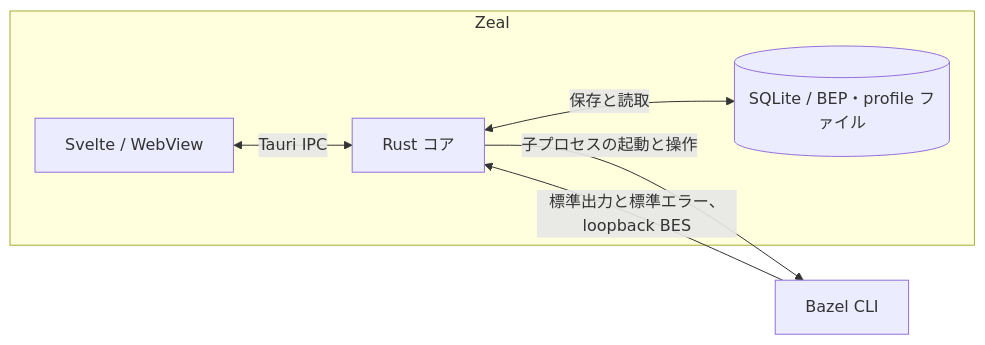
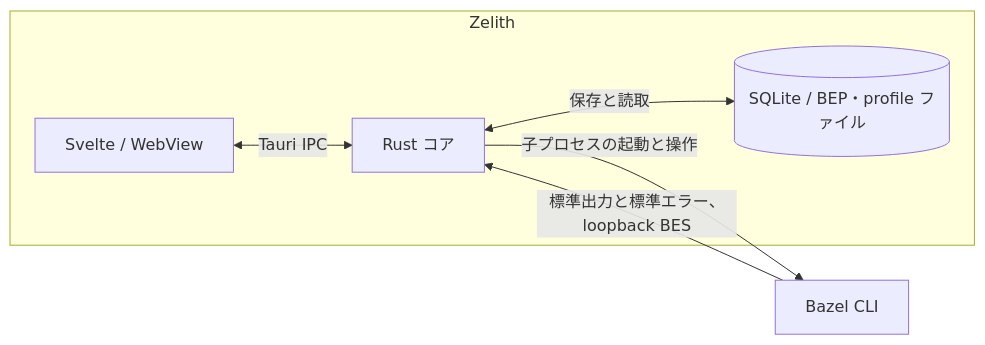
The second of 2 diagrams in docs/design/overview.md (OhataKenji/zeal), drawn with Mermaid before and after one commit. The commit also changed other lines of this file and 53 other files, not shown here.

Commit message:
Rename Zeal to Zelith throughout the codebase

````diff
--- a/docs/design/overview.md
+++ b/docs/design/overview.md
@@ -39,9 +39,9 @@
 ```mermaid
 flowchart LR
-    subgraph ZEAL["Zeal"]
+    subgraph ZELITH["Zelith"]
         UI["Svelte / WebView"] <-->|"Tauri IPC"| CORE["Rust コア"]
         CORE <-->|"保存と読取"| STORE[("SQLite / BEP・profile ファイル")]
     end
     CORE -->|"子プロセスの起動と操作"| BAZEL["Bazel CLI"]
     BAZEL -->|"標準出力と標準エラー、loopback BES"| CORE
 ```
````
